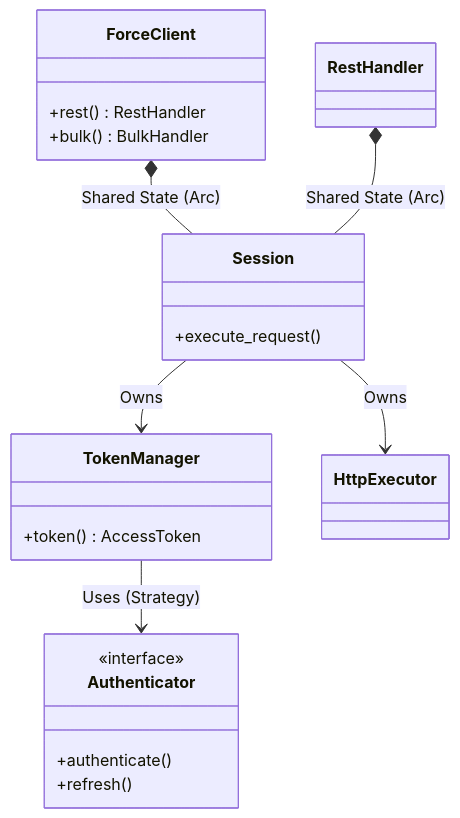
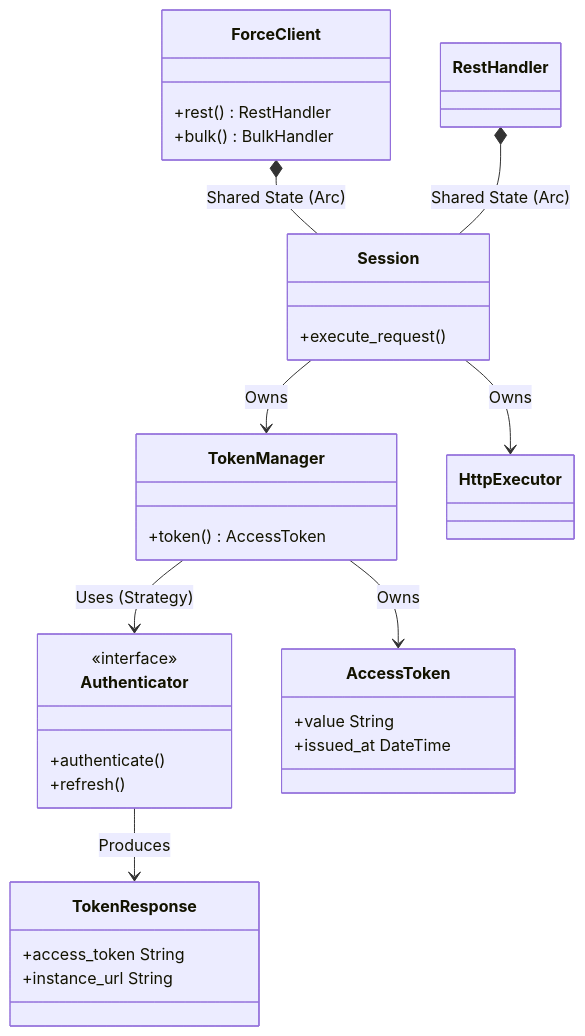
One commit to madmax983/force-rs changed the third of 7 diagrams in docs/architecture.md. Above: the diagram before and after it, drawn with Mermaid. The commit also changed other lines of this file and 2 other files, not shown here.

Commit message:
docs: Accept ADR-016 and update architecture diagrams
- Accepted ADR-016: Isolate Auth Types
- Added ADR-016 to the index in docs/adr/README.md
- Updated C4 Component diagram in docs/architecture.md to show `auth` owning auth types and `types` excluding them
- Updated Class diagram in docs/architecture.md to explicitly document `AccessToken` and `TokenResponse` as part of the authentication domain

````diff
--- a/docs/architecture.md
+++ b/docs/architecture.md
@@ -49,25 +49,35 @@
 ```mermaid
 classDiagram
   class ForceClient {
     +rest() RestHandler
     +bulk() BulkHandler
   }
   class Session {
     +execute_request()
   }
   class TokenManager {
     +token() AccessToken
   }
   class Authenticator {
     <<interface>>
     +authenticate()
     +refresh()
   }
+  class AccessToken {
+    +value String
+    +issued_at DateTime
+  }
+  class TokenResponse {
+    +access_token String
+    +instance_url String
+  }
   class RestHandler
 
   ForceClient *-- Session : Shared State (Arc)
   RestHandler *-- Session : Shared State (Arc)
   Session --> TokenManager : Owns
   Session --> HttpExecutor : Owns
   TokenManager --> Authenticator : Uses (Strategy)
+  TokenManager --> AccessToken : Owns
+  Authenticator --> TokenResponse : Produces
 ```
````
